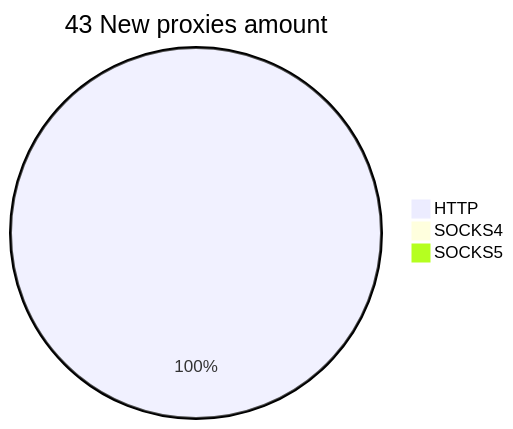
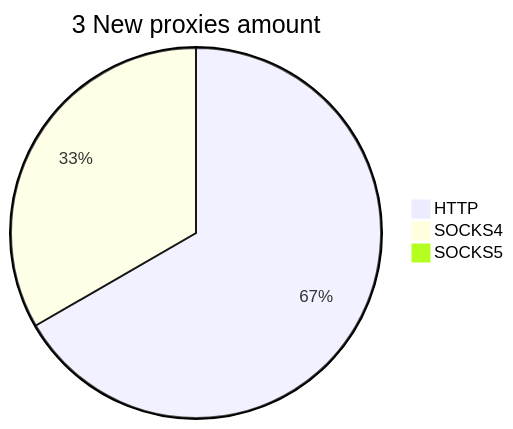
The second of 2 diagrams in README.md (cutipu/proxylist), drawn with Mermaid before and after one commit. The commit also changed other lines of this file, not shown here.

````diff
--- a/README.md
+++ b/README.md
@@ -10,6 +10,6 @@
 ```mermaid
-pie title 43 New proxies amount
-    "HTTP" : 43
-    "SOCKS4" : 0
+pie title 3 New proxies amount
+    "HTTP" : 2
+    "SOCKS4" : 1
     "SOCKS5" : 0
 ```
````
